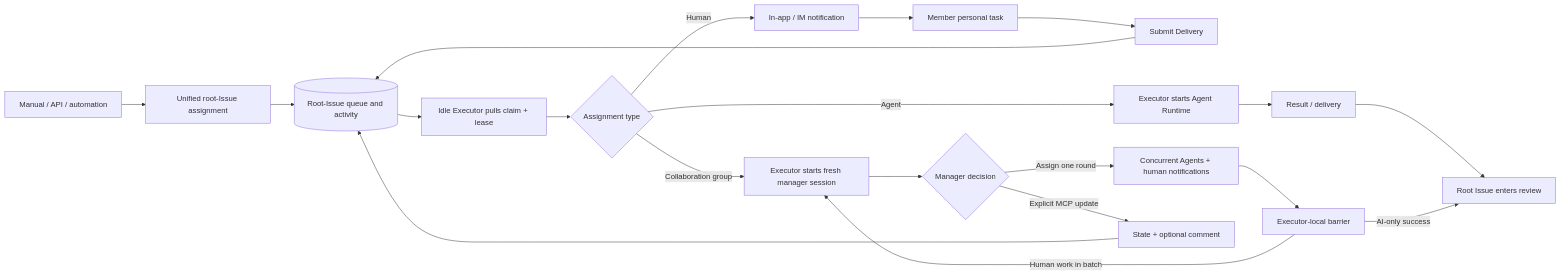
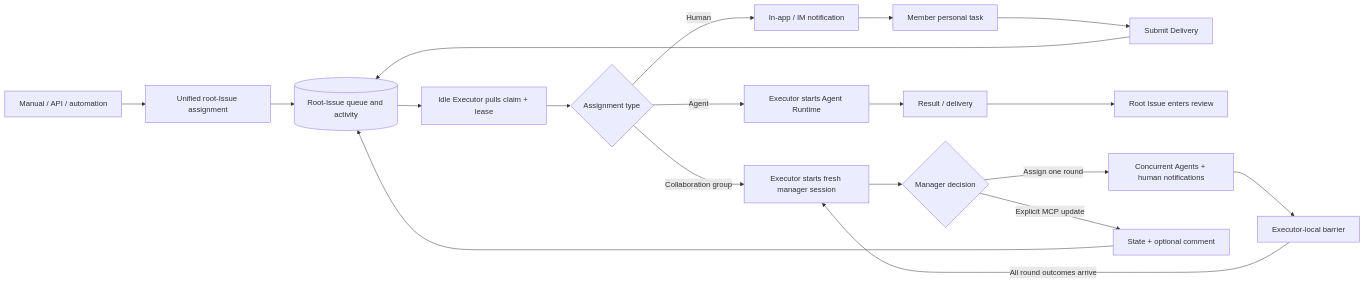
The first of 4 diagrams in docs/en/wegent/developer-guide/cloud-project-collaboration.md (wecode-ai/Wegent), drawn with Mermaid before and after one commit. The commit also changed other lines of this file and 12 other files, not shown here.

````diff
--- a/docs/en/wegent/developer-guide/cloud-project-collaboration.md
+++ b/docs/en/wegent/developer-guide/cloud-project-collaboration.md
@@ -140,22 +140,21 @@
 ```mermaid
 flowchart LR
     TRIGGER[Manual / API / automation] --> ASSIGN[Unified root-Issue assignment]
     ASSIGN --> ROOT[(Root-Issue queue and activity)]
     ROOT --> CLAIM[Idle Executor pulls claim + lease]
     CLAIM --> KIND{Assignment type}
     KIND -->|Human| NOTICE[In-app / IM notification]
     NOTICE --> PERSONAL[Member personal task]
     PERSONAL --> DELIVERY[Submit Delivery]
     DELIVERY --> ROOT
     KIND -->|Agent| AGENT[Executor starts Agent Runtime]
     AGENT --> RESULT[Result / delivery]
     RESULT --> REVIEW[Root Issue enters review]
     KIND -->|Collaboration group| MANAGER[Executor starts fresh manager session]
     MANAGER --> PLAN{Manager decision}
     PLAN -->|Assign one round| BATCH[Concurrent Agents + human notifications]
     BATCH --> BARRIER[Executor-local barrier]
-    BARRIER -->|Human work in batch| MANAGER
-    BARRIER -->|AI-only success| REVIEW
+    BARRIER -->|All round outcomes arrive| MANAGER
     PLAN -->|Explicit MCP update| STATUS[State + optional comment]
     STATUS --> ROOT
 ```
````
